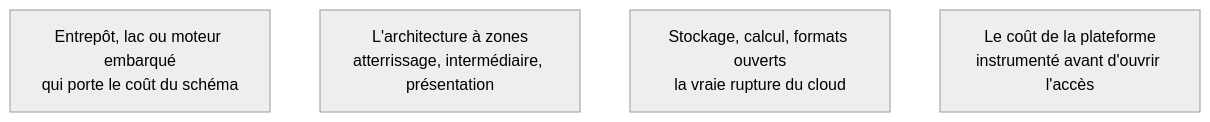
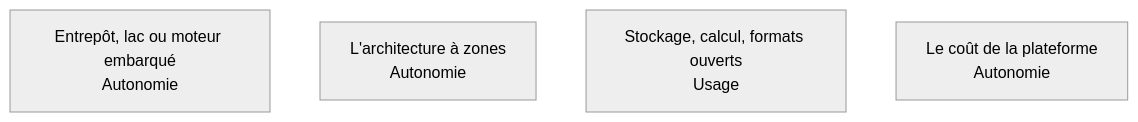
One commit to floSa/Atlas-Metiers-Roadmaps changed the diagram in content/parcours/bi-analyst/entrepot-et-architecture/index.md. Above: the diagram before and after it, drawn with Mermaid (neutral theme). The commit also changed 20 other files, not shown here.

````diff
--- a/content/parcours/bi-analyst/entrepot-et-architecture/index.md
+++ b/content/parcours/bi-analyst/entrepot-et-architecture/index.md
@@ -11,12 +11,12 @@
 ```mermaid
 flowchart TD
-  C["Entrepôt, lac ou moteur embarqué<br/>qui porte le coût du schéma"]
-  Z["L'architecture à zones<br/>atterrissage, intermédiaire, présentation"]
-  S["Stockage, calcul, formats ouverts<br/>la vraie rupture du cloud"]
-  P["Le coût de la plateforme<br/>instrumenté avant d'ouvrir l'accès"]
+  C["Entrepôt, lac ou moteur embarqué<br/>Autonomie"]
+  Z["L'architecture à zones<br/>Autonomie"]
+  S["Stockage, calcul, formats ouverts<br/>Usage"]
+  P["Le coût de la plateforme<br/>Autonomie"]
 
   click C "/parcours/bi-analyst/entrepot-et-architecture/entrepot-lac-ou-moteur-embarque"
   click Z "/parcours/bi-analyst/entrepot-et-architecture/l-architecture-a-zones"
   click S "/parcours/bi-analyst/entrepot-et-architecture/stockage-calcul-et-formats-ouverts"
   click P "/parcours/bi-analyst/entrepot-et-architecture/le-cout-de-la-plateforme"
 ```
````
